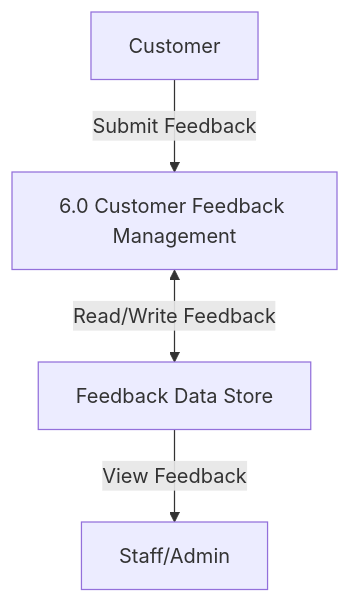
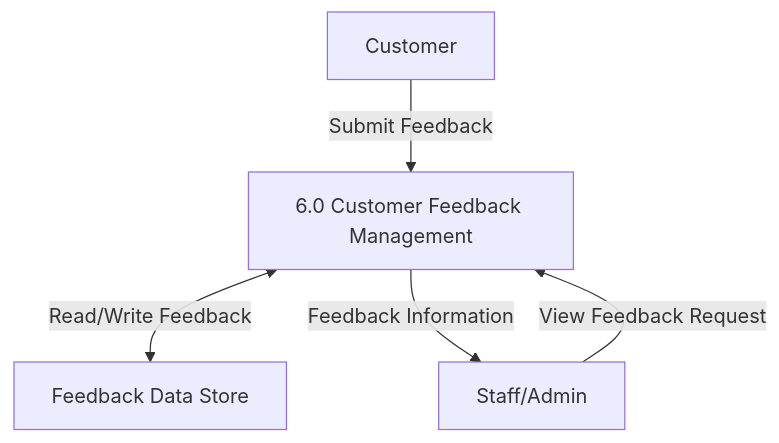
Before and after one commit to anhnbt/eproject-sem3: the seventh of 8 diagrams in ClinicManagement/DFD-Design.md, drawn with Mermaid.

````diff
--- a/ClinicManagement/DFD-Design.md
+++ b/ClinicManagement/DFD-Design.md
@@ -84,6 +84,7 @@
 ```mermaid
 graph TD
     A[Customer] -->|Submit Feedback| P6["6.0 Customer Feedback Management"]
     P6 <-->|Read/Write Feedback| DS7["Feedback Data Store"]
-    DS7 -->|View Feedback| B["Staff/Admin"]
+    B["Staff/Admin"] -->|View Feedback Request| P6
+    P6 -->|Feedback Information| B
 ```
````
